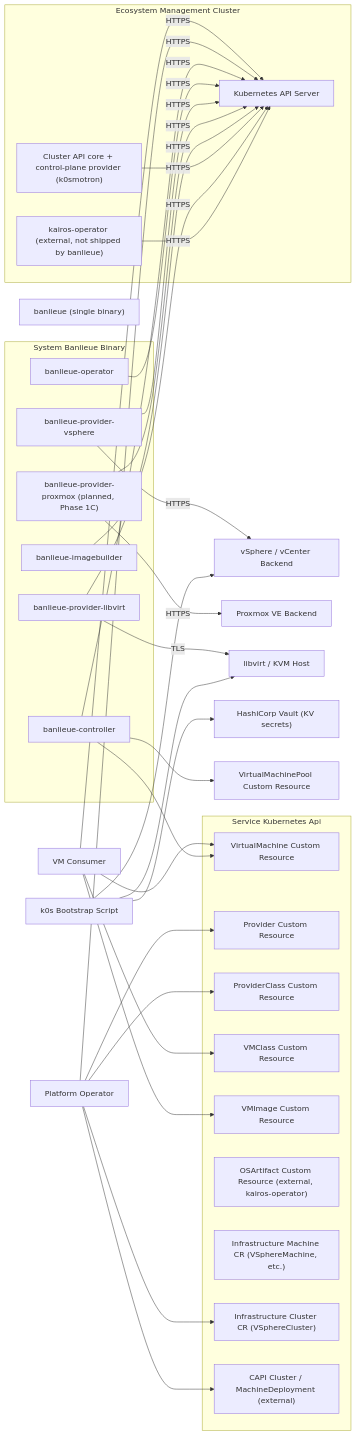
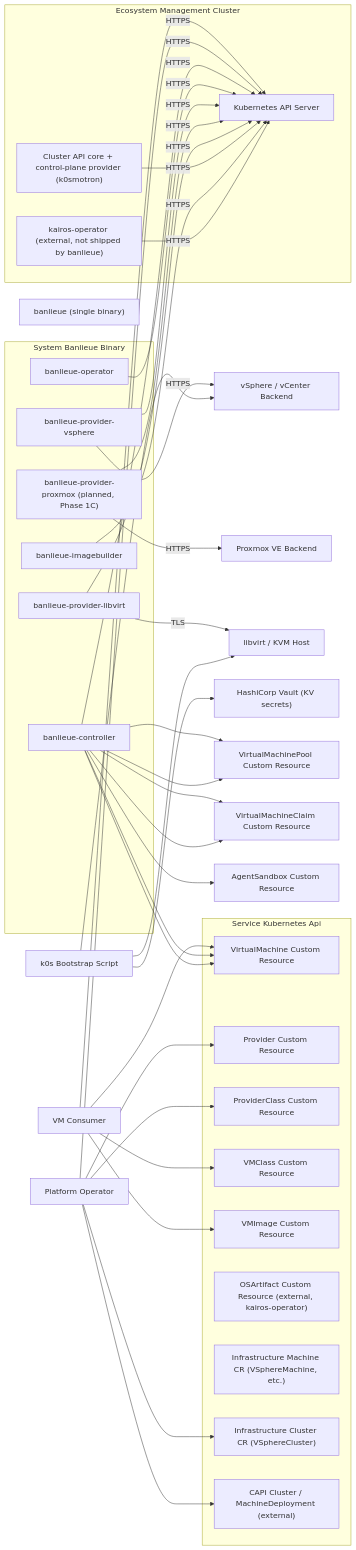
The diagram in docs/src/architecture/system.md (firestoned/banlieue), drawn with Mermaid before and after one commit. The commit also changed 70 other files, not shown here.

Commit message:
Add support for VirtualMachineClaim and re-work all of the e2e tests to be independent so we can run them all in parallel in GH workflows

````diff
--- a/docs/src/architecture/system.md
+++ b/docs/src/architecture/system.md
@@ -38,6 +38,8 @@
     network-vault-backend["HashiCorp Vault (KV secrets)"]
     data-asset-virtualmachine-cr["VirtualMachine Custom Resource"]
     data-asset-virtualmachinepool-cr["VirtualMachinePool Custom Resource"]
+    data-asset-virtualmachineclaim-cr["VirtualMachineClaim Custom Resource"]
+    data-asset-agentsandbox-cr["AgentSandbox Custom Resource"]
     data-asset-provider-cr["Provider Custom Resource"]
     data-asset-providerclass-cr["ProviderClass Custom Resource"]
     data-asset-vmclass-cr["VMClass Custom Resource"]
@@ -103,4 +105,9 @@
     system-k0s-bootstrap --> network-vault-backend
     service-banlieue-controller --> data-asset-virtualmachinepool-cr
     service-banlieue-controller --> data-asset-virtualmachine-cr
+    service-banlieue-controller --> data-asset-virtualmachineclaim-cr
+    service-banlieue-controller --> data-asset-virtualmachinepool-cr
+    service-banlieue-controller --> data-asset-virtualmachine-cr
+    service-banlieue-controller --> data-asset-agentsandbox-cr
+    service-banlieue-controller --> data-asset-virtualmachineclaim-cr
 ```
````
